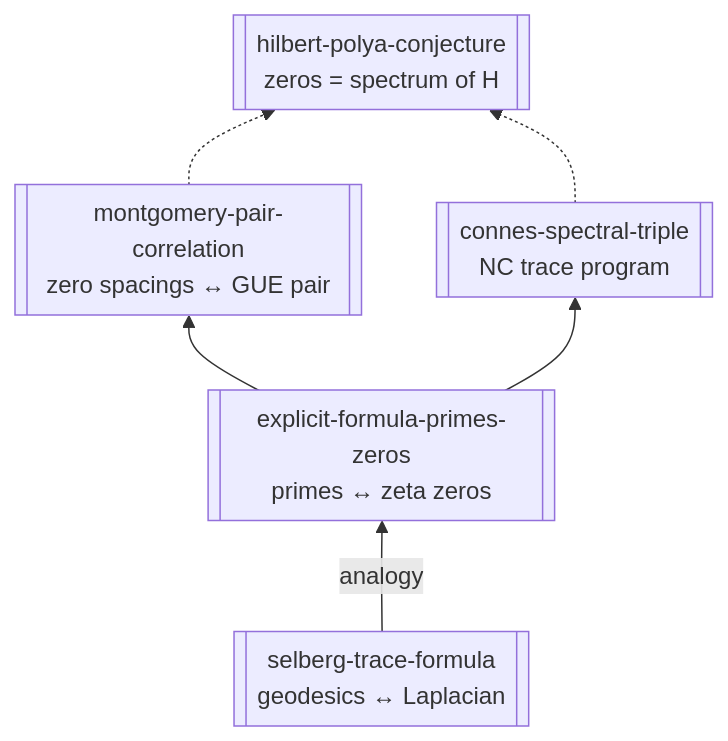
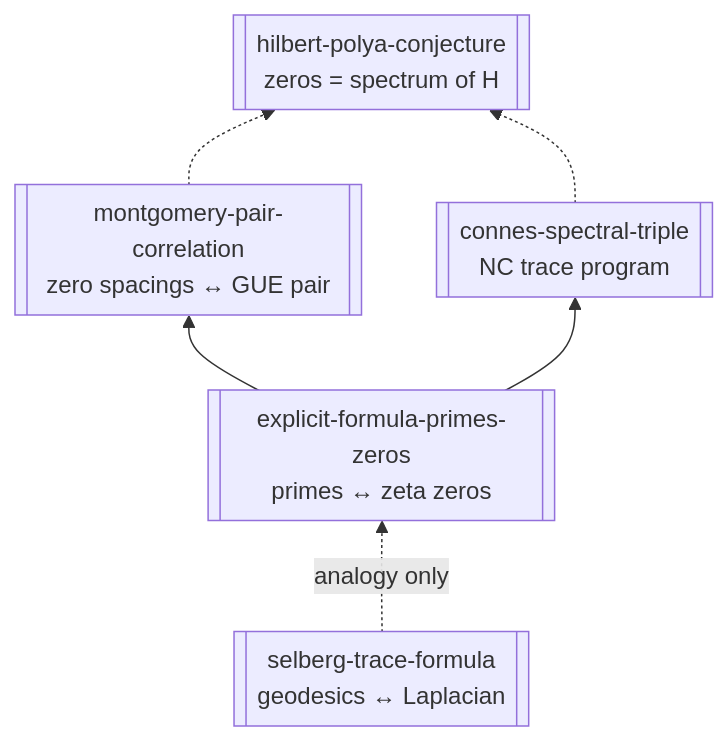
Before and after one commit to rexnfx79/unified-interference-kernel: the diagram in knowledge/wiki/synthesis/trace-formula-bridge-ladder.md, drawn with Mermaid. The commit also changed other lines of this file and 12 other files, not shown here.

````diff
--- a/knowledge/wiki/synthesis/trace-formula-bridge-ladder.md
+++ b/knowledge/wiki/synthesis/trace-formula-bridge-ladder.md
@@ -24,14 +26,14 @@
 ```mermaid
 graph BT
   SF[[selberg-trace-formula<br/>geodesics ↔ Laplacian]]
   EF[[explicit-formula-primes-zeros<br/>primes ↔ zeta zeros]]
   MO[[montgomery-pair-correlation<br/>zero spacings ↔ GUE pair]]
   HP[[hilbert-polya-conjecture<br/>zeros = spectrum of H]]
   CN[[connes-spectral-triple<br/>NC trace program]]
 
-  SF -->|analogy| EF
+  SF -.->|analogy only| EF
   EF --> MO
   MO -.-> HP
   CN -.-> HP
   EF --> CN
 ```
````
